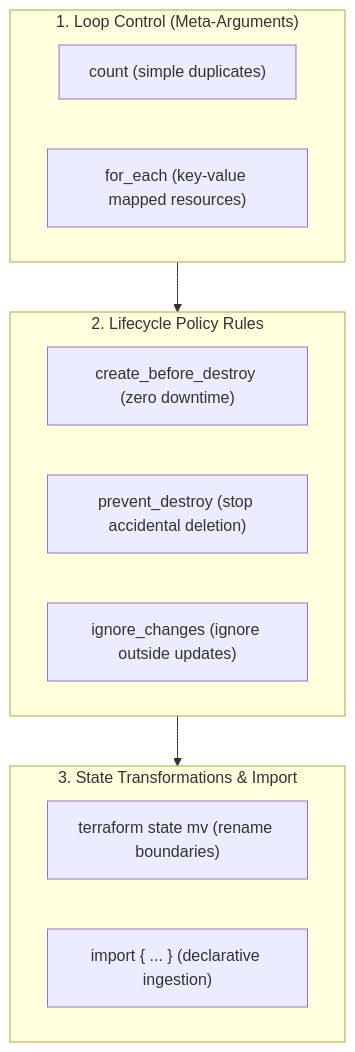
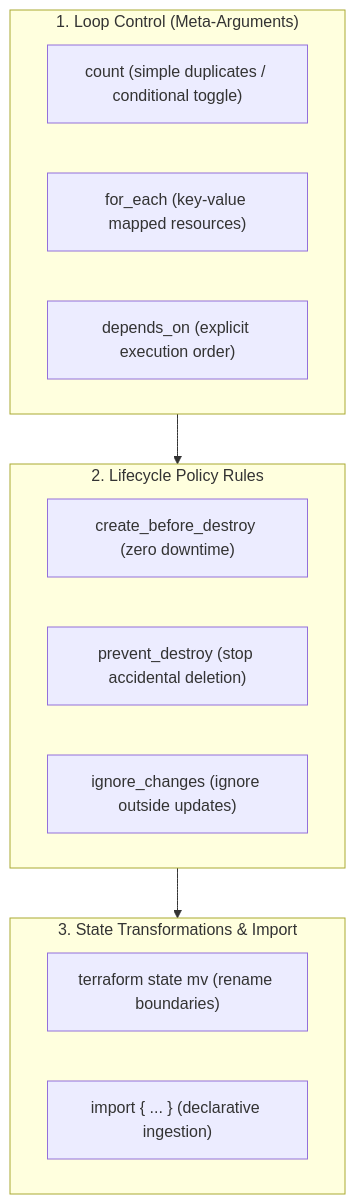
One commit to kmashour/BrainDump changed the diagram in Reference Notes/10-3_meta_arguments_lifecycle_and_state.md. Above: the diagram before and after it, drawn with Mermaid. The commit also changed other lines of this file and 11 other files, not shown here.

````diff
--- a/Reference Notes/10-3_meta_arguments_lifecycle_and_state.md
+++ b/Reference Notes/10-3_meta_arguments_lifecycle_and_state.md
@@ -11,21 +11,22 @@
 ```mermaid
 graph TD
     subgraph Iteration["1. Loop Control (Meta-Arguments)"]
-        Count["count (simple duplicates)"]
+        Count["count (simple duplicates / conditional toggle)"]
         ForEach["for_each (key-value mapped resources)"]
+        DependsOn["depends_on (explicit execution order)"]
     end
 
     subgraph SafetyGates["2. Lifecycle Policy Rules"]
         CBD["create_before_destroy (zero downtime)"]
         PD["prevent_destroy (stop accidental deletion)"]
         IC["ignore_changes (ignore outside updates)"]
     end
 
     subgraph StateOps["3. State Transformations & Import"]
         StateMv["terraform state mv (rename boundaries)"]
         ImportBlock["import { ... } (declarative ingestion)"]
     end
 
     Iteration --> SafetyGates
     SafetyGates --> StateOps
 ```
````
